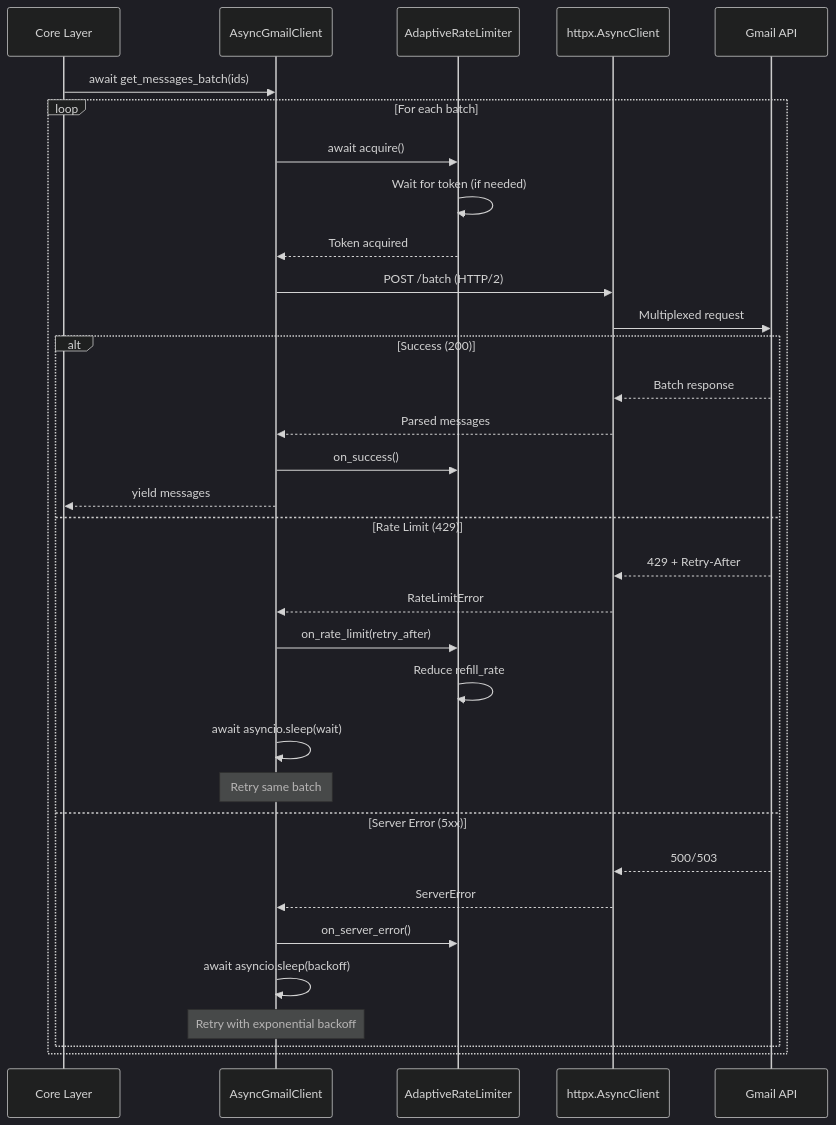
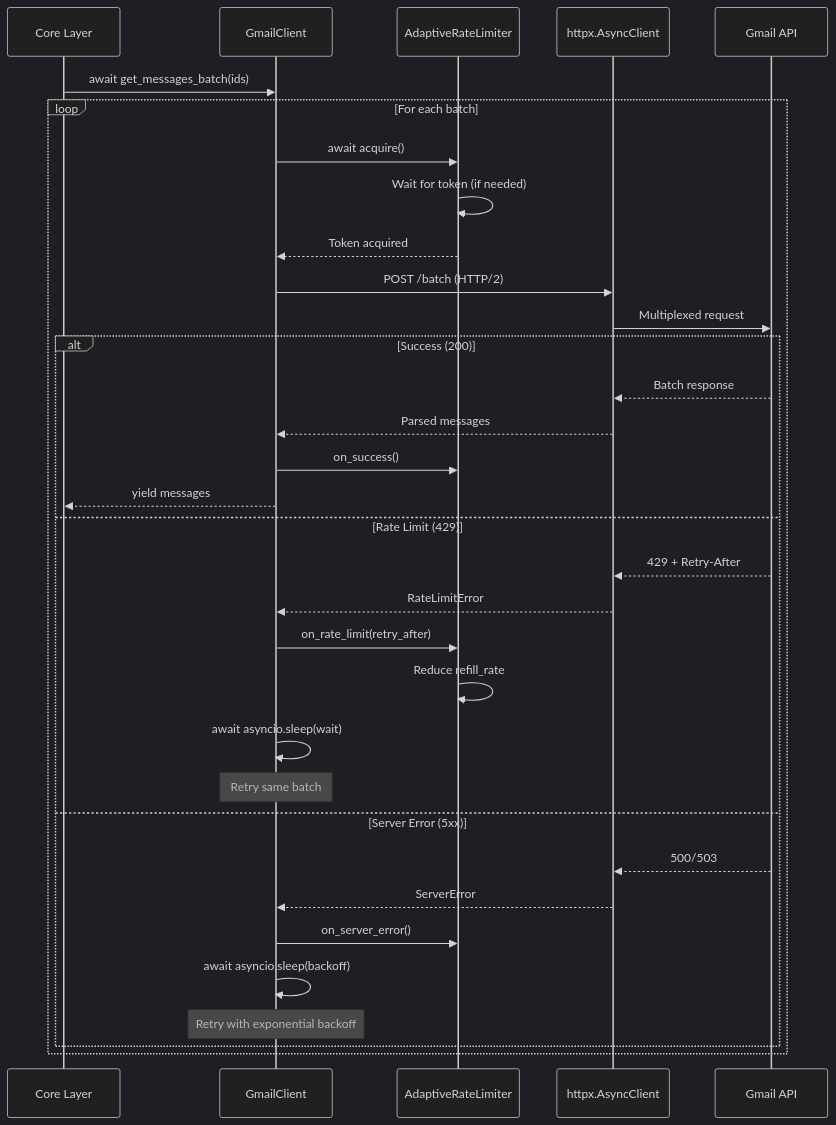
The fourth of 9 diagrams in src/gmailarchiver/connectors/ARCHITECTURE.md (tumma72/GMailArchiver), drawn with Mermaid (dark theme) before and after one commit. The commit also changed other lines of this file and 7 other files, not shown here.

First line of the commit message:
refactor(connectors): Add GmailClient.create() factory method

````diff
--- a/src/gmailarchiver/connectors/ARCHITECTURE.md
+++ b/src/gmailarchiver/connectors/ARCHITECTURE.md
@@ -154,39 +204,39 @@
 ```mermaid
 sequenceDiagram
     participant Core as Core Layer
-    participant Client as AsyncGmailClient
+    participant Client as GmailClient
     participant RL as AdaptiveRateLimiter
     participant HTTP as httpx.AsyncClient
     participant Gmail as Gmail API
 
     Core->>Client: await get_messages_batch(ids)
 
     loop For each batch
         Client->>RL: await acquire()
         RL->>RL: Wait for token (if needed)
         RL-->>Client: Token acquired
 
         Client->>HTTP: POST /batch (HTTP/2)
         HTTP->>Gmail: Multiplexed request
 
         alt Success (200)
             Gmail-->>HTTP: Batch response
             HTTP-->>Client: Parsed messages
             Client->>RL: on_success()
             Client-->>Core: yield messages
         else Rate Limit (429)
             Gmail-->>HTTP: 429 + Retry-After
             HTTP-->>Client: RateLimitError
             Client->>RL: on_rate_limit(retry_after)
             RL->>RL: Reduce refill_rate
             Client->>Client: await asyncio.sleep(wait)
             Note over Client: Retry same batch
         else Server Error (5xx)
             Gmail-->>HTTP: 500/503
             HTTP-->>Client: ServerError
             Client->>RL: on_server_error()
             Client->>Client: await asyncio.sleep(backoff)
             Note over Client: Retry with exponential backoff
         end
     end
 ```
````
